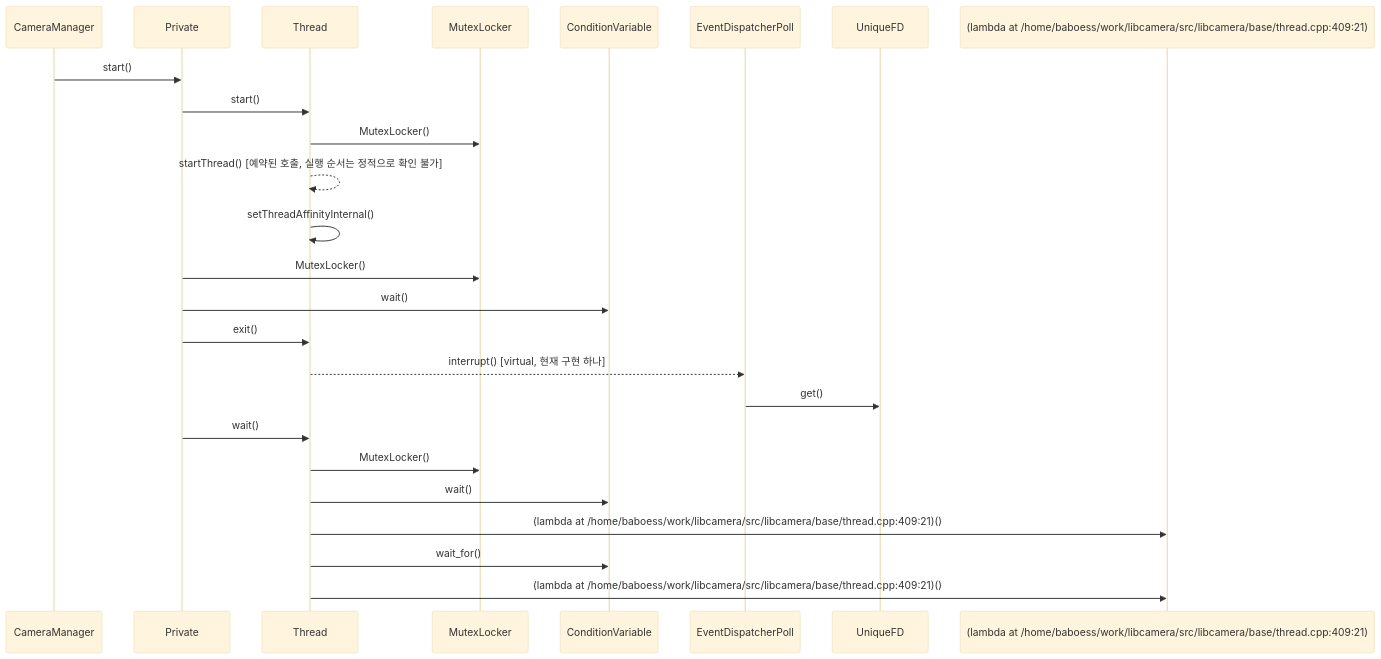
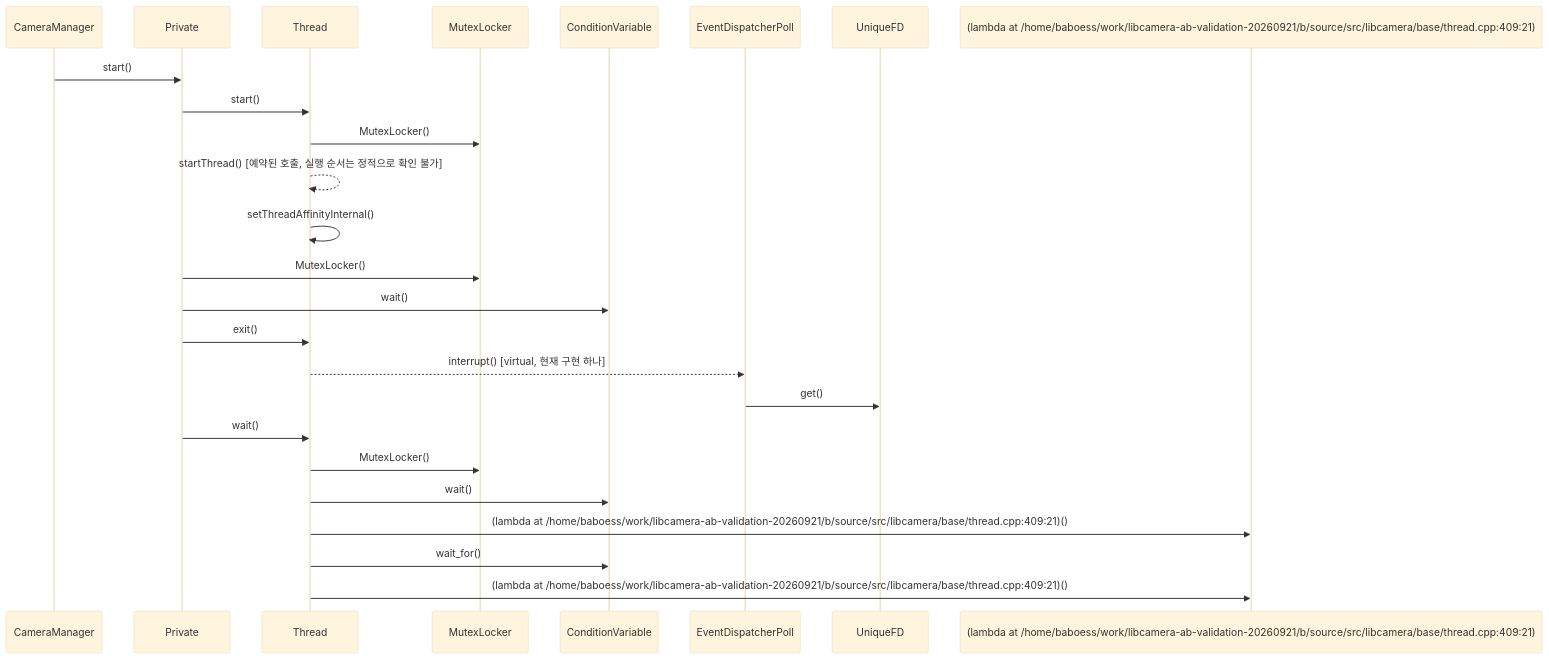
One commit to TTolsun/libcamera-sdd changed the diagram in docs/scenarios/manager_start.md. Above: the diagram before and after it, drawn with Mermaid (base theme). The commit also changed other lines of this file and 27 other files, not shown here.

````diff
--- a/docs/scenarios/manager_start.md
+++ b/docs/scenarios/manager_start.md
@@ -16,27 +16,27 @@
 ```mermaid
 sequenceDiagram
     participant CameraManager
     participant Private
     participant Thread
     participant MutexLocker
     participant ConditionVariable
     participant EventDispatcherPoll
     participant UniqueFD
-    participant lambda_at__home_baboess_work_libcamera_src_libcamera_base_thread_cpp_409_21 as (lambda at /home/baboess/work/libcamera/src/libcamera/base/thread.cpp:409:21)
+    participant lambda_at__home_baboess_work_libcamera_ab_validation_20260921_b_source_src_libcamera_base_thread_cpp_409_21 as (lambda at /home/baboess/work/libcamera-ab-validation-20260921/b/source/src/libcamera/base/thread.cpp:409:21)
     CameraManager->>Private: start()
     Private->>Thread: start()
     Thread->>MutexLocker: MutexLocker()
     Thread-->>Thread: startThread() [예약된 호출, 실행 순서는 정적으로 확인 불가]
     Thread->>Thread: setThreadAffinityInternal()
     Private->>MutexLocker: MutexLocker()
     Private->>ConditionVariable: wait()
     Private->>Thread: exit()
     Thread-->>EventDispatcherPoll: interrupt() [virtual, 현재 구현 하나]
     EventDispatcherPoll->>UniqueFD: get()
     Private->>Thread: wait()
     Thread->>MutexLocker: MutexLocker()
     Thread->>ConditionVariable: wait()
-    Thread->>lambda_at__home_baboess_work_libcamera_src_libcamera_base_thread_cpp_409_21: (lambda at /home/baboess/work/libcamera/src/libcamera/base/thread.cpp:409:21)()
+    Thread->>lambda_at__home_baboess_work_libcamera_ab_validation_20260921_b_source_src_libcamera_base_thread_cpp_409_21: (lambda at /home/baboess/work/libcamera-ab-validation-20260921/b/source/src/libcamera/base/thread.cpp:409:21)()
     Thread->>ConditionVariable: wait_for()
-    Thread->>lambda_at__home_baboess_work_libcamera_src_libcamera_base_thread_cpp_409_21: (lambda at /home/baboess/work/libcamera/src/libcamera/base/thread.cpp:409:21)()
+    Thread->>lambda_at__home_baboess_work_libcamera_ab_validation_20260921_b_source_src_libcamera_base_thread_cpp_409_21: (lambda at /home/baboess/work/libcamera-ab-validation-20260921/b/source/src/libcamera/base/thread.cpp:409:21)()
 ```
````
